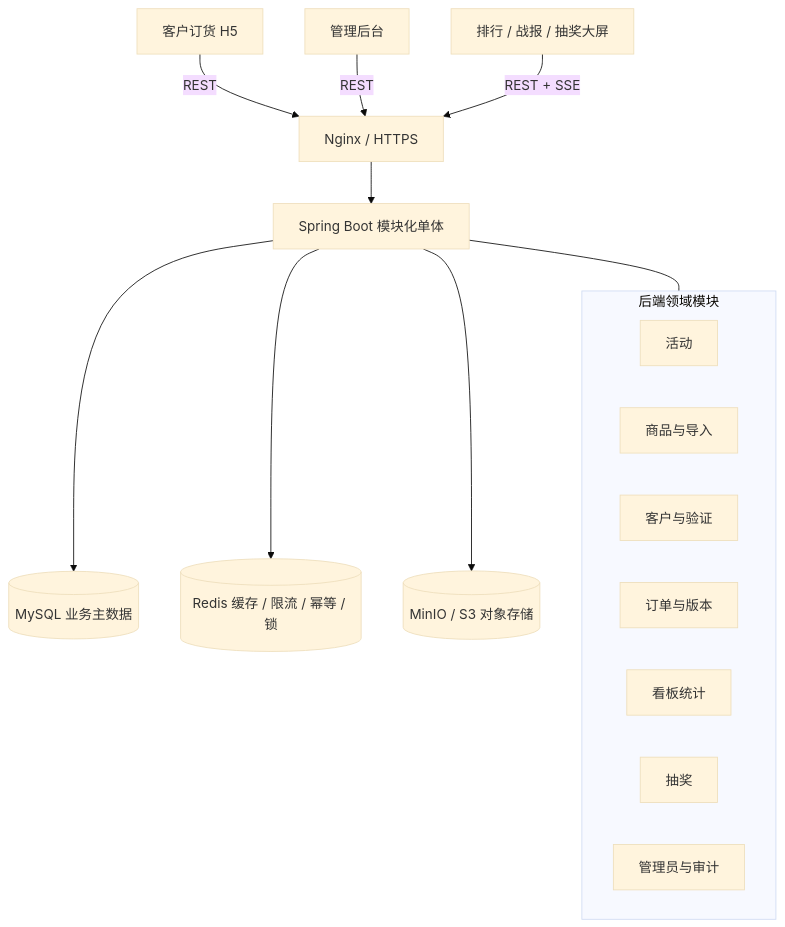
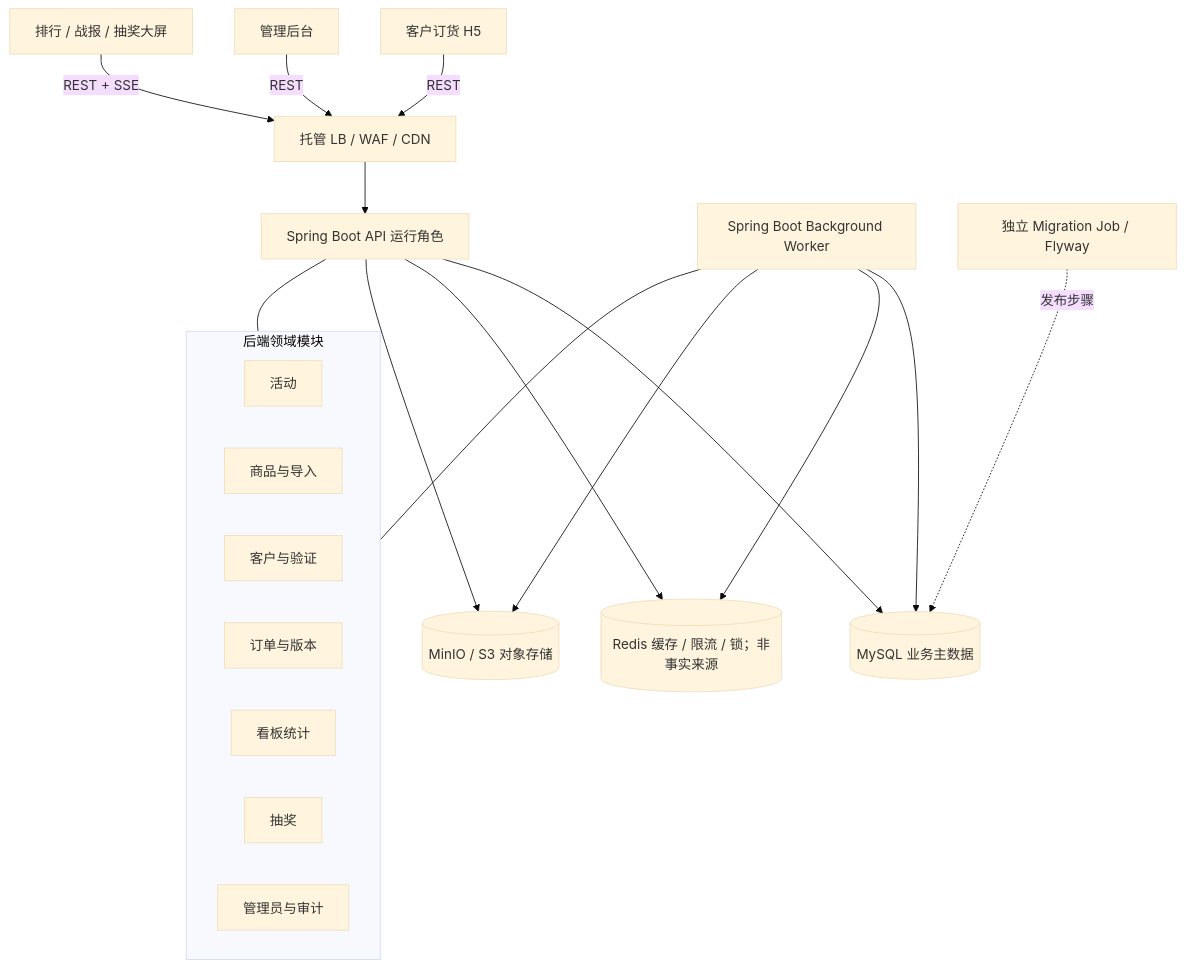
Before and after one commit to ChenWang08/ordershow: the diagram in docs/design/diagrams/system-architecture.mmd, drawn with Mermaid (base theme). The commit also changed other lines of this file and 17 other files, not shown here.

```diff
--- a/docs/design/diagrams/system-architecture.mmd
+++ b/docs/design/diagrams/system-architecture.mmd
@@ -1,29 +1,36 @@
 flowchart TB
   H5[客户订货 H5]
   ADMIN[管理后台]
   SCREEN[排行 / 战报 / 抽奖大屏]
-  NGINX[Nginx / HTTPS]
-  API[Spring Boot 模块化单体]
+  LB[托管 LB / WAF / CDN]
+  API[Spring Boot API 运行角色]
+  WORKER[Spring Boot Background Worker]
+  MIGRATE[独立 Migration Job / Flyway]
   MYSQL[(MySQL 业务主数据)]
-  REDIS[(Redis 缓存 / 限流 / 幂等 / 锁)]
+  REDIS[(Redis 缓存 / 限流 / 锁；非事实来源)]
   OBJECT[(MinIO / S3 对象存储)]
 
-  H5 -->|REST| NGINX
-  ADMIN -->|REST| NGINX
-  SCREEN -->|REST + SSE| NGINX
-  NGINX --> API
+  H5 -->|REST| LB
+  ADMIN -->|REST| LB
+  SCREEN -->|REST + SSE| LB
+  LB --> API
   API --> MYSQL
   API --> REDIS
   API --> OBJECT
+  WORKER --> MYSQL
+  WORKER --> REDIS
+  WORKER --> OBJECT
+  MIGRATE -. 发布步骤 .-> MYSQL
 
   subgraph BackendModules[后端领域模块]
     ACT[活动]
     CAT[商品与导入]
     CUS[客户与验证]
     ORD[订单与版本]
     DASH[看板统计]
     LOT[抽奖]
     AUTH[管理员与审计]
   end
 
   API --- BackendModules
+  WORKER --- BackendModules
```
